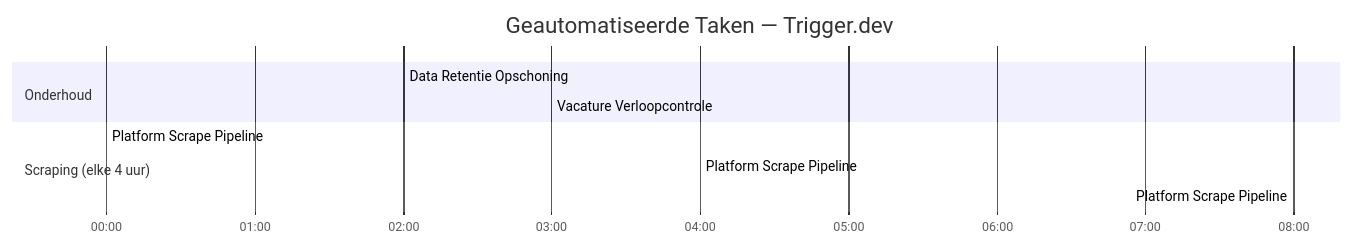
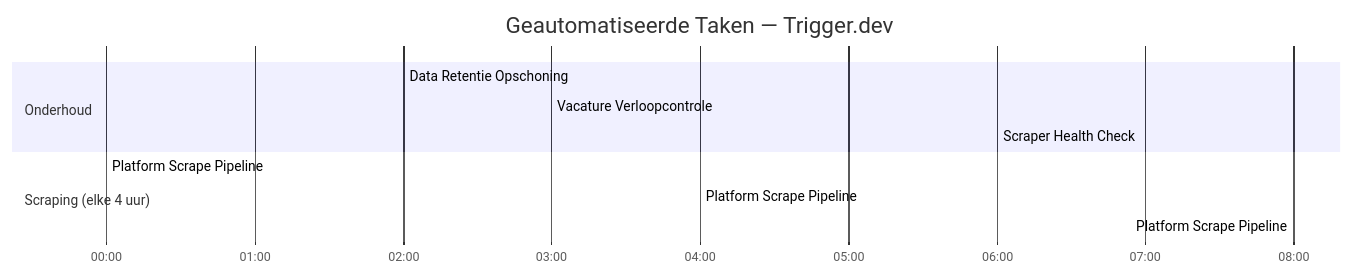
One commit to RyanLisse/motian changed the tenth of 12 diagrams in README.md. Above: the diagram before and after it, drawn with Mermaid. The commit also changed other lines of this file and 3 other files, not shown here.

````diff
--- a/README.md
+++ b/README.md
@@ -451,15 +453,16 @@
 ```mermaid
 gantt
     title Geautomatiseerde Taken — Trigger.dev
     dateFormat HH:mm
     axisFormat %H:%M
 
     section Onderhoud
     Data Retentie Opschoning      :02:00, 30min
     Vacature Verloopcontrole      :03:00, 15min
+    Scraper Health Check          :06:00, 10min
 
     section Scraping (elke 4 uur)
     Platform Scrape Pipeline      :00:00, 45min
     Platform Scrape Pipeline      :04:00, 45min
     Platform Scrape Pipeline      :08:00, 45min
 ```
````
